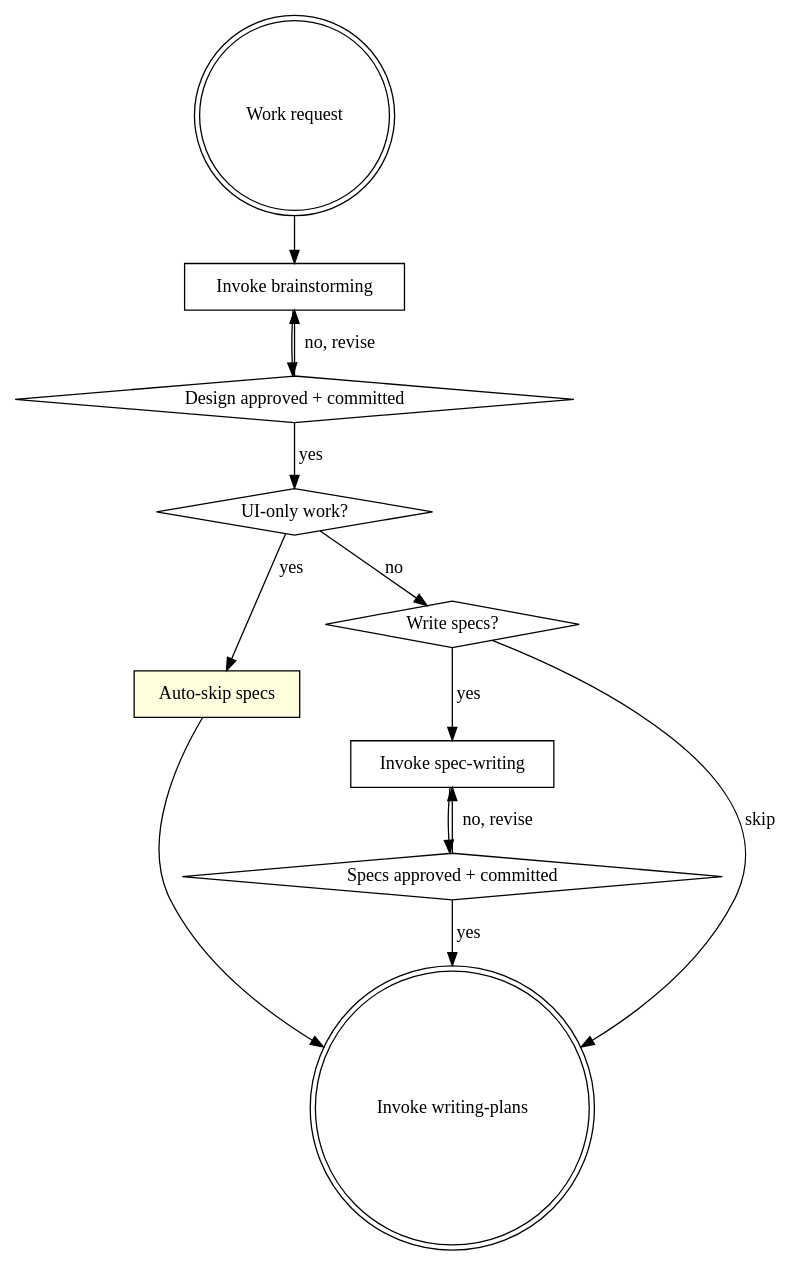
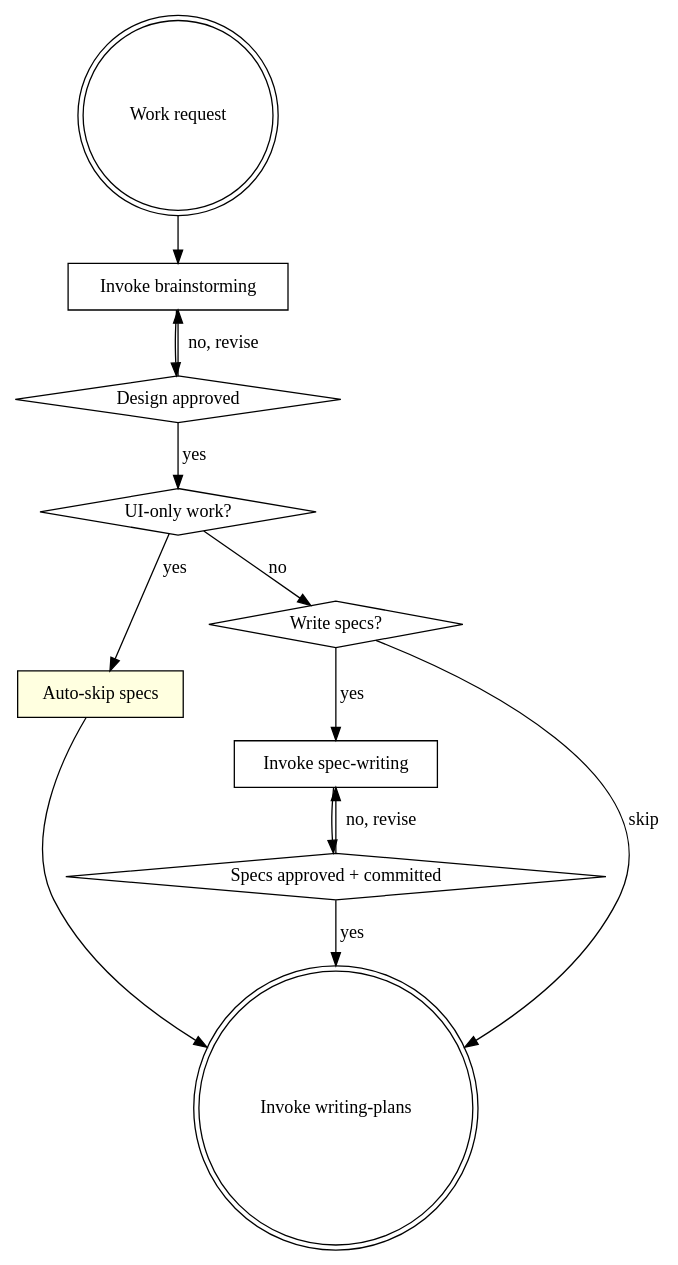
Before and after one commit to pandaworks-software-plt/pandahrms-skills: the diagram in skills/development-workflow/SKILL.md, drawn with Graphviz. The commit also changed other lines of this file, not shown here.

Commit message:
fix(development-workflow): do not auto-commit design doc, store plans inside project

````diff
--- a/skills/development-workflow/SKILL.md
+++ b/skills/development-workflow/SKILL.md
@@ -24,26 +24,26 @@
 ```dot
 digraph pipeline {
     "Work request" [shape=doublecircle];
     "Invoke brainstorming" [shape=box];
-    "Design approved + committed" [shape=diamond];
+    "Design approved" [shape=diamond];
     "UI-only work?" [shape=diamond];
     "Auto-skip specs" [shape=box, style=filled, fillcolor=lightyellow];
     "Write specs?" [shape=diamond];
     "Invoke spec-writing" [shape=box];
     "Specs approved + committed" [shape=diamond];
     "Invoke writing-plans" [shape=doublecircle];
 
     "Work request" -> "Invoke brainstorming";
-    "Invoke brainstorming" -> "Design approved + committed";
-    "Design approved + committed" -> "Invoke brainstorming" [label="no, revise"];
-    "Design approved + committed" -> "UI-only work?" [label="yes"];
+    "Invoke brainstorming" -> "Design approved";
+    "Design approved" -> "Invoke brainstorming" [label="no, revise"];
+    "Design approved" -> "UI-only work?" [label="yes"];
     "UI-only work?" -> "Auto-skip specs" [label="yes"];
     "Auto-skip specs" -> "Invoke writing-plans";
     "UI-only work?" -> "Write specs?" [label="no"];
     "Write specs?" -> "Invoke spec-writing" [label="yes"];
     "Write specs?" -> "Invoke writing-plans" [label="skip"];
     "Invoke spec-writing" -> "Specs approved + committed";
     "Specs approved + committed" -> "Invoke spec-writing" [label="no, revise"];
     "Specs approved + committed" -> "Invoke writing-plans" [label="yes"];
 }
 ```
````
